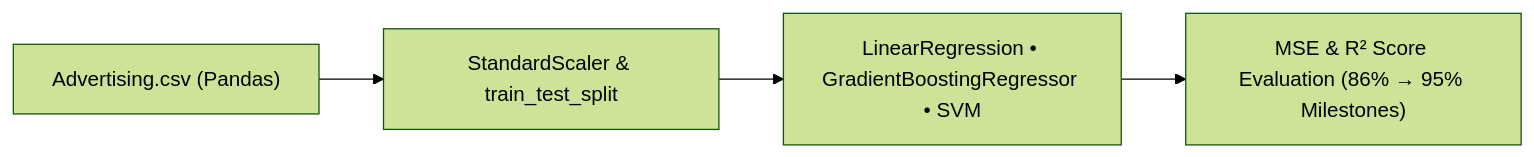
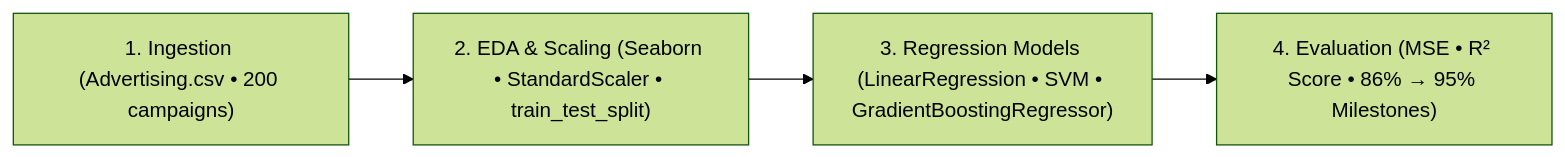
One commit to islamsamyy/Sales-Prediction-using-Python changed the diagram in README.md. Above: the diagram before and after it, drawn with Mermaid (forest theme). The commit also changed other lines of this file and 8 other files, not shown here.

Commit message:
docs: add ultra-detailed architecture, schemas, visual showcase, APIs, and business ROI

````diff
--- a/README.md
+++ b/README.md
@@ -11,6 +33,6 @@
 ```mermaid
 flowchart LR
-    Data["Advertising.csv (Pandas)"] --> Scale["StandardScaler & train_test_split"]
-    Scale --> Models["LinearRegression • GradientBoostingRegressor • SVM"]
-    Models --> Eval["MSE & R² Score Evaluation (86% → 95% Milestones)"]
+    L1["1. Ingestion (Advertising.csv • 200 campaigns)"] --> L2["2. EDA & Scaling (Seaborn • StandardScaler • train_test_split)"]
+    L2 --> L3["3. Regression Models (LinearRegression • SVM • GradientBoostingRegressor)"]
+    L3 --> L4["4. Evaluation (MSE • R² Score • 86% → 95% Milestones)"]
 ```
````
